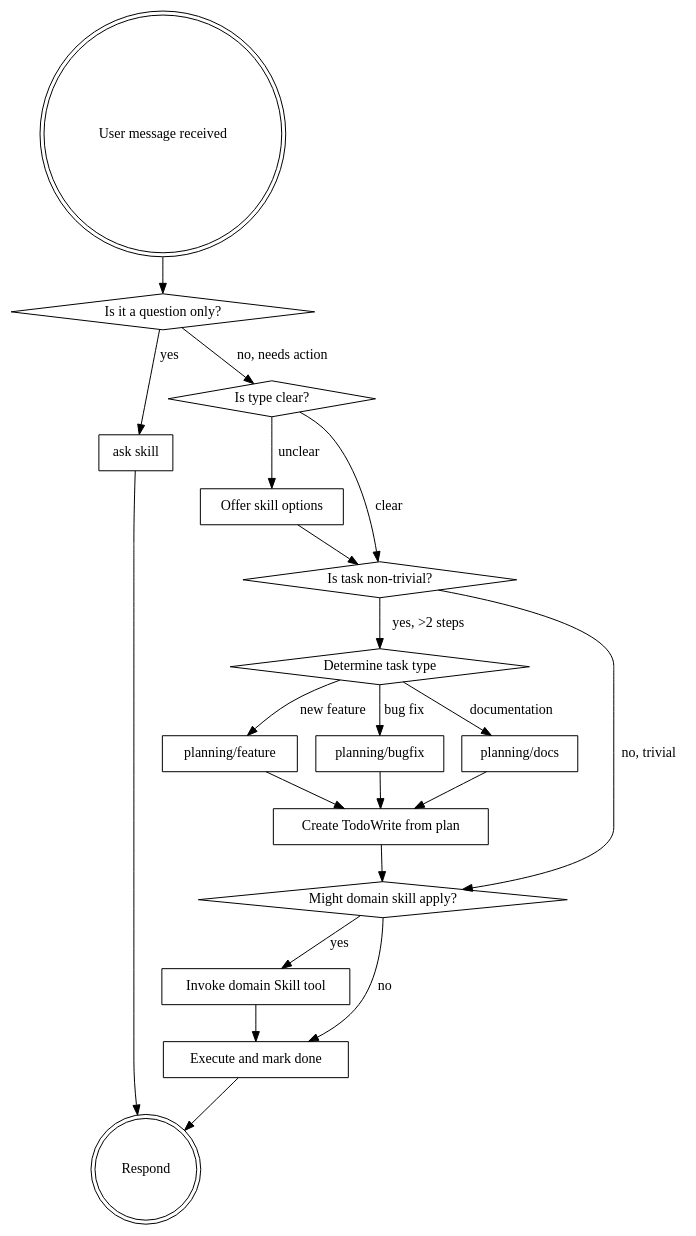
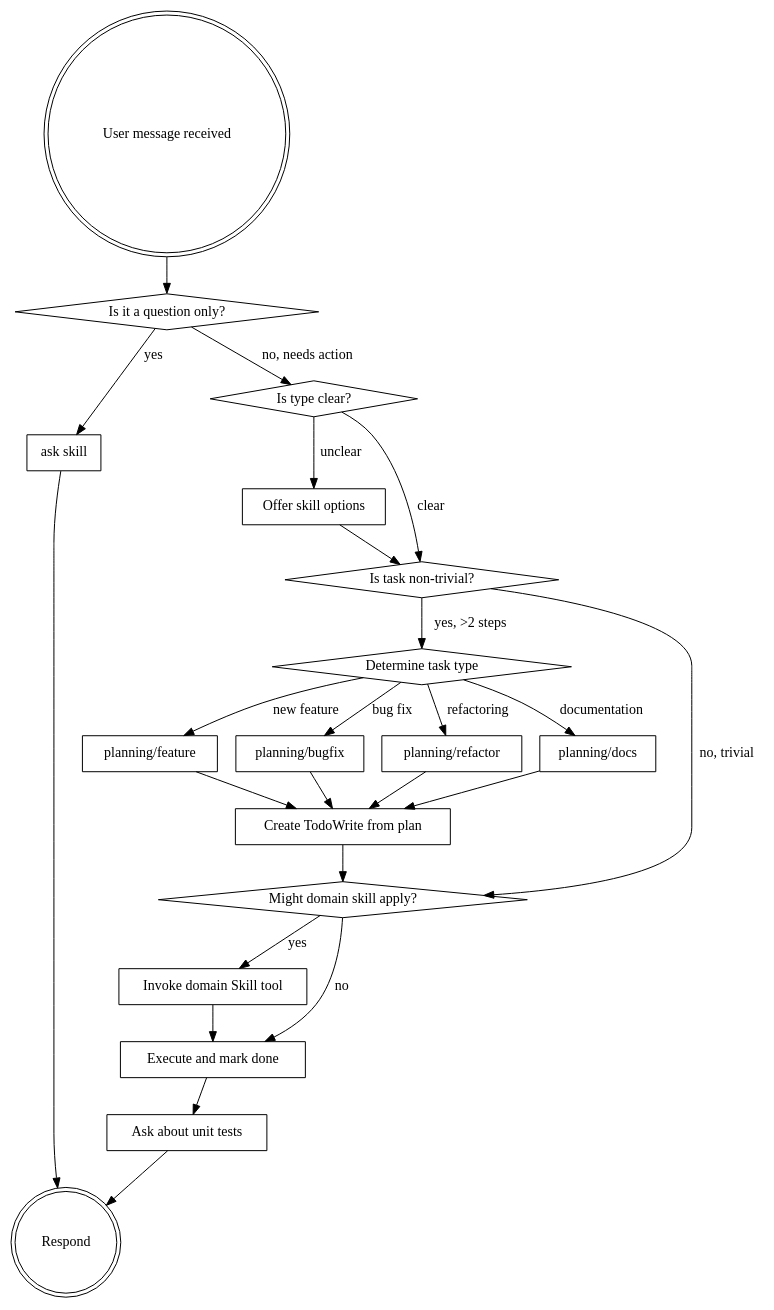
The diagram in skills/using-radisha/SKILL.md (ROCm/rocprofiler-systems-skills), drawn with Graphviz before and after one commit. The commit also changed other lines of this file and 7 other files, not shown here.

````diff
--- a/skills/using-radisha/SKILL.md
+++ b/skills/using-radisha/SKILL.md
@@ -167,40 +197,45 @@
 ```dot
 digraph skill_flow {
     "User message received" [shape=doublecircle];
     "Is it a question only?" [shape=diamond];
     "ask skill" [shape=box];
     "Is type clear?" [shape=diamond];
     "Offer skill options" [shape=box];
     "Is task non-trivial?" [shape=diamond];
     "Determine task type" [shape=diamond];
     "planning/feature" [shape=box];
     "planning/bugfix" [shape=box];
+    "planning/refactor" [shape=box];
     "planning/docs" [shape=box];
     "Create TodoWrite from plan" [shape=box];
     "Might domain skill apply?" [shape=diamond];
     "Invoke domain Skill tool" [shape=box];
     "Execute and mark done" [shape=box];
+    "Ask about unit tests" [shape=box];
     "Respond" [shape=doublecircle];
 
     "User message received" -> "Is it a question only?";
     "Is it a question only?" -> "ask skill" [label="yes"];
     "ask skill" -> "Respond";
     "Is it a question only?" -> "Is type clear?" [label="no, needs action"];
     "Is type clear?" -> "Offer skill options" [label="unclear"];
     "Offer skill options" -> "Is task non-trivial?";
     "Is type clear?" -> "Is task non-trivial?" [label="clear"];
     "Is task non-trivial?" -> "Determine task type" [label="yes, >2 steps"];
     "Is task non-trivial?" -> "Might domain skill apply?" [label="no, trivial"];
     "Determine task type" -> "planning/feature" [label="new feature"];
     "Determine task type" -> "planning/bugfix" [label="bug fix"];
+    "Determine task type" -> "planning/refactor" [label="refactoring"];
     "Determine task type" -> "planning/docs" [label="documentation"];
     "planning/feature" -> "Create TodoWrite from plan";
     "planning/bugfix" -> "Create TodoWrite from plan";
+    "planning/refactor" -> "Create TodoWrite from plan";
     "planning/docs" -> "Create TodoWrite from plan";
     "Create TodoWrite from plan" -> "Might domain skill apply?";
     "Might domain skill apply?" -> "Invoke domain Skill tool" [label="yes"];
     "Might domain skill apply?" -> "Execute and mark done" [label="no"];
     "Invoke domain Skill tool" -> "Execute and mark done";
-    "Execute and mark done" -> "Respond";
+    "Execute and mark done" -> "Ask about unit tests";
+    "Ask about unit tests" -> "Respond";
 }
 ```
````
